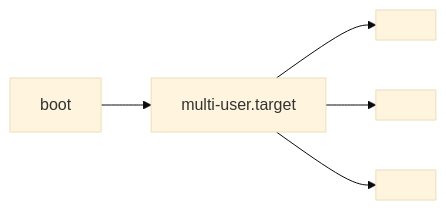
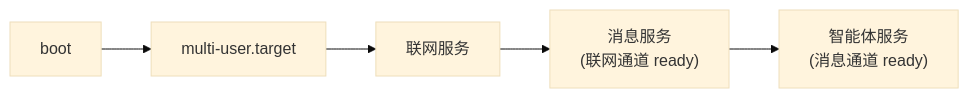
The second of 5 diagrams in 内置服务设计.md (weizuxiao911/taihao), drawn with Mermaid (base theme) before and after one commit. The commit also changed other lines of this file, not shown here.

````diff
--- a/内置服务设计.md
+++ b/内置服务设计.md
@@ -44,7 +52,7 @@
 ```mermaid
 flowchart LR
     Boot["boot"] --> M["multi-user.target"]
-    M --> S1[" "]
-    M --> S2[" "]
-    M --> S3[" "]
+    M --> NS["联网服务"]
+    NS --> MS["消息服务<br/>(联网通道 ready)"]
+    MS --> PI["智能体服务<br/>(消息通道 ready)"]
 ```
````
